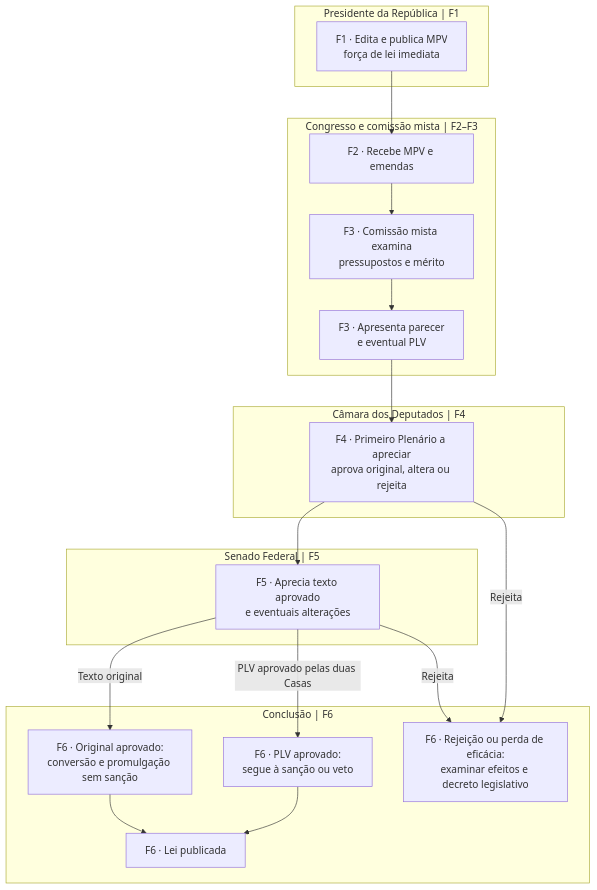
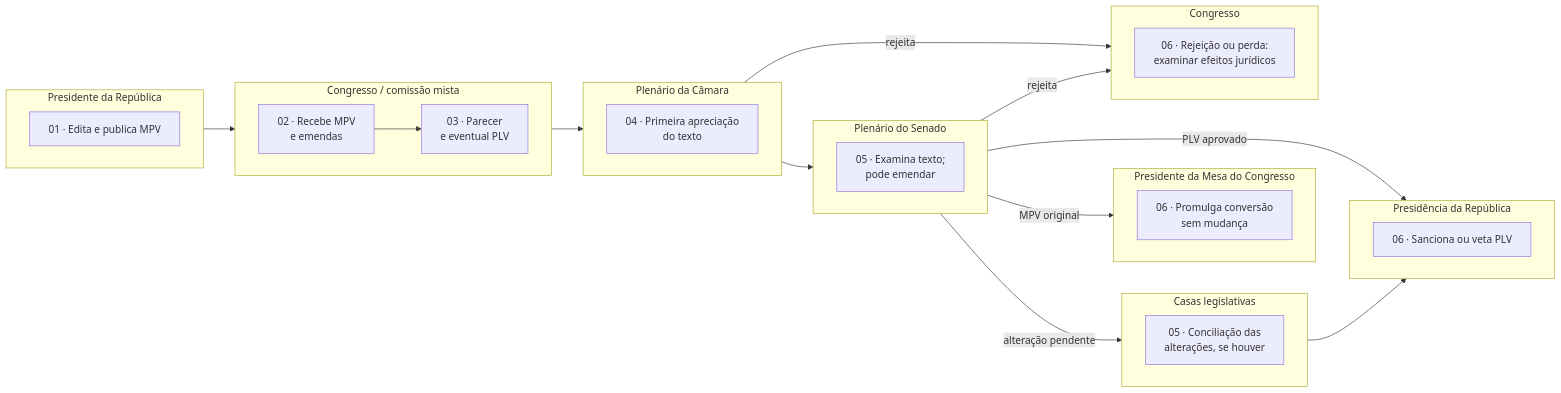
Before and after one commit to leorruas/concursos: the fourth of 10 diagrams in 3 - Materias/Direito Constitucional/38 - blueprints do processo legislativo por especie normativa.md, drawn with Mermaid. The commit also changed other lines of this file, not shown here.

````diff
--- a/3 - Materias/Direito Constitucional/38 - blueprints do processo legislativo por especie normativa.md
+++ b/3 - Materias/Direito Constitucional/38 - blueprints do processo legislativo por especie normativa.md
@@ -142,28 +147,42 @@
 ```mermaid
-flowchart TB
- subgraph PRES["Presidente da República | F1"]
- A["F1 · Edita e publica MPV<br/>força de lei imediata"]
- end
- subgraph CN["Congresso e comissão mista | F2–F3"]
- B["F2 · Recebe MPV e emendas"]
- C["F3 · Comissão mista examina<br/>pressupostos e mérito"]
- D["F3 · Apresenta parecer<br/>e eventual PLV"]
- end
- subgraph CAM["Câmara dos Deputados | F4"]
- E["F4 · Primeiro Plenário a apreciar<br/>aprova original, altera ou rejeita"]
- end
- subgraph SF["Senado Federal | F5"]
- F["F5 · Aprecia texto aprovado<br/>e eventuais alterações"]
- end
- subgraph FINAL["Conclusão | F6"]
- G["F6 · Original aprovado:<br/>conversão e promulgação sem sanção"]
- H["F6 · PLV aprovado:<br/>segue à sanção ou veto"]
- I["F6 · Lei publicada"]
- J["F6 · Rejeição ou perda de eficácia:<br/>examinar efeitos e decreto legislativo"]
- end
- A --> B --> C --> D --> E --> F
- F -->|Texto original| G --> I
- F -->|PLV aprovado pelas duas Casas| H --> I
- E -->|Rejeita| J
- F -->|Rejeita| J
+flowchart LR
+  subgraph L0["Presidente da República"]
+    direction LR
+    a["01 · Edita e publica MPV"]
+  end
+  subgraph L1["Congresso / comissão mista"]
+    direction LR
+    b["02 · Recebe MPV<br/>e emendas"]
+    c["03 · Parecer<br/>e eventual PLV"]
+  end
+  subgraph L2["Plenário da Câmara"]
+    direction LR
+    d["04 · Primeira apreciação<br/>do texto"]
+  end
+  subgraph L3["Plenário do Senado"]
+    direction LR
+    e["05 · Examina texto;<br/>pode emendar"]
+  end
+  subgraph L4["Casas legislativas"]
+    direction LR
+    f["05 · Conciliação das<br/>alterações, se houver"]
+  end
+  subgraph L5["Presidente da Mesa do Congresso"]
+    direction LR
+    g["06 · Promulga conversão<br/>sem mudança"]
+  end
+  subgraph L6["Presidência da República"]
+    direction LR
+    h["06 · Sanciona ou veta PLV"]
+  end
+  subgraph L7["Congresso"]
+    direction LR
+    i["06 · Rejeição ou perda:<br/>examinar efeitos jurídicos"]
+  end
+  a --> b --> c --> d --> e
+  e -->|MPV original| g
+  e -->|PLV aprovado| h
+  e -->|alteração pendente| f --> h
+  d -->|rejeita| i
+  e -->|rejeita| i
 ```
````
